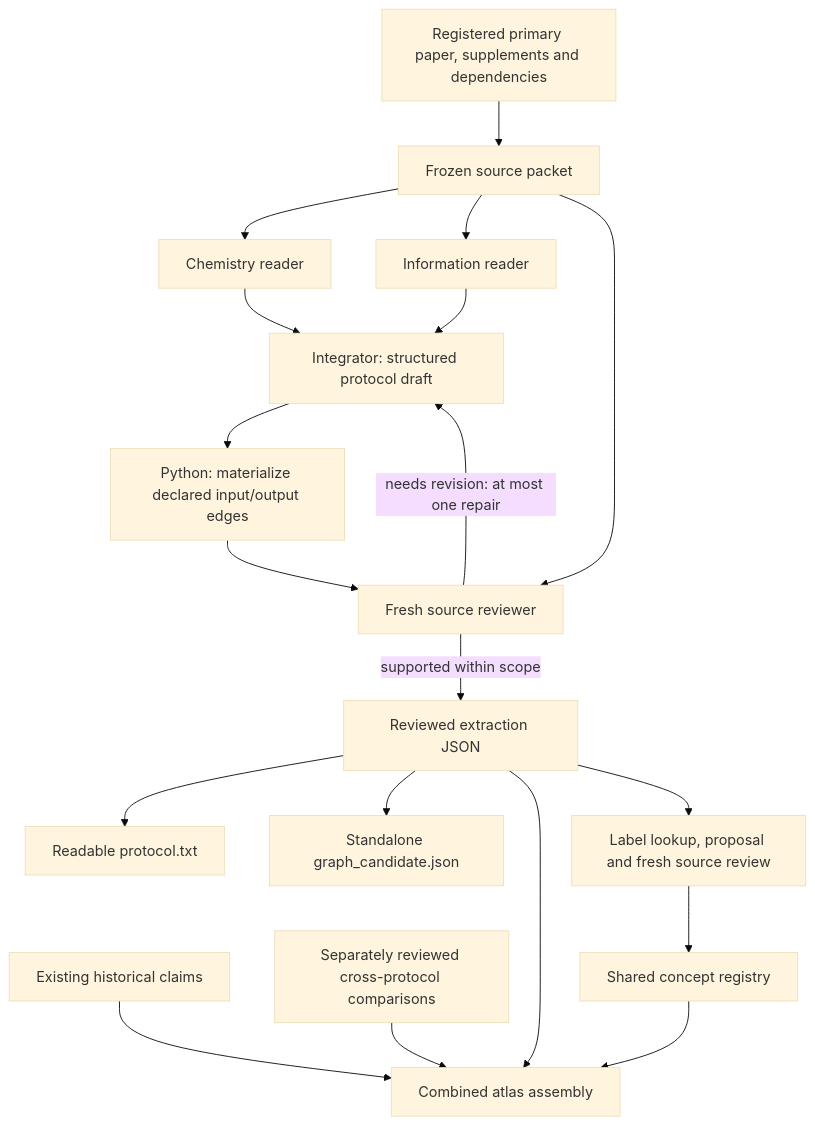
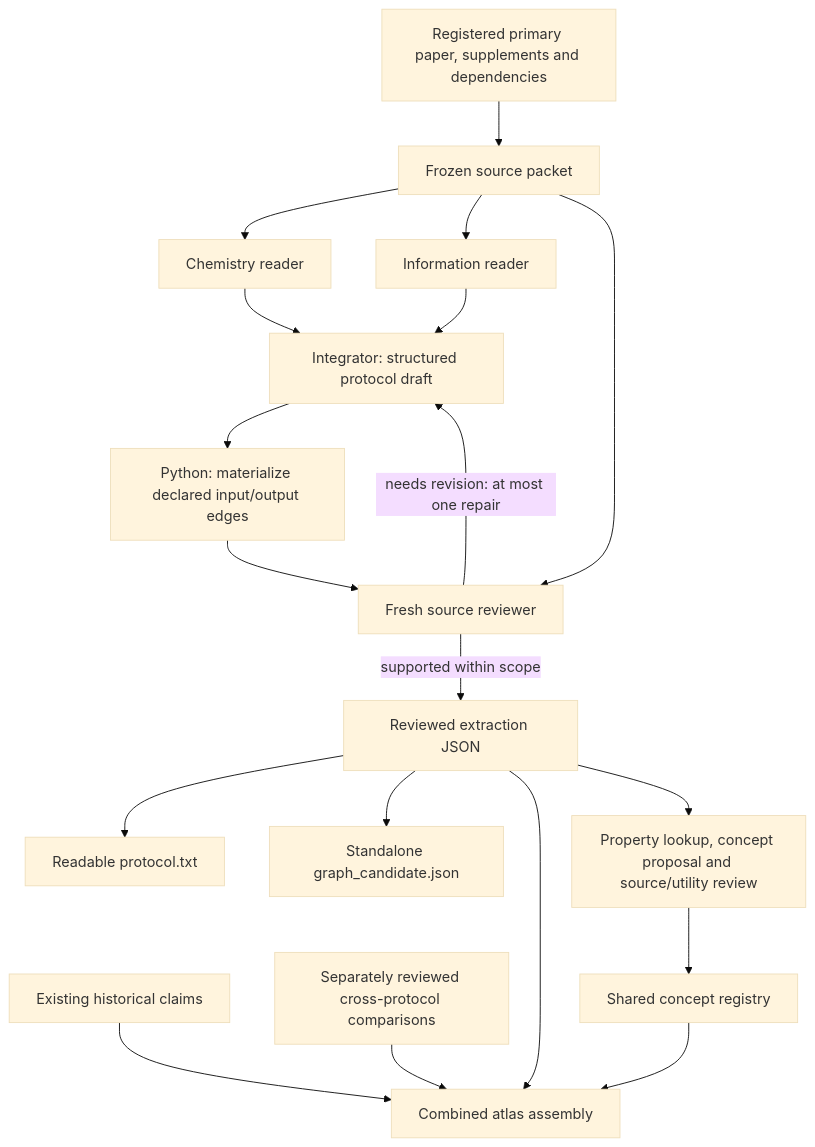
The diagram in README.md (stojkovicMihajlo/-sequencing-technology-atlas), drawn with Mermaid (base theme) before and after one commit. The commit also changed other lines of this file and 26 other files, not shown here.

Commit message:
Require source and usefulness review for shared concepts

````diff
--- a/README.md
+++ b/README.md
@@ -54,21 +58,21 @@
 ```mermaid
 flowchart TD
     S[Registered primary paper, supplements and dependencies] --> P[Frozen source packet]
     P --> C[Chemistry reader]
     P --> I[Information reader]
     C --> W[Integrator: structured protocol draft]
     I --> W
     W --> A[Python: materialize declared input/output edges]
     A --> R[Fresh source reviewer]
     P --> R
     R -->|needs revision: at most one repair| W
     R -->|supported within scope| J[Reviewed extraction JSON]
     J --> T[Readable protocol.txt]
     J --> G[Standalone graph_candidate.json]
     J --> B[Combined atlas assembly]
     H[Existing historical claims] --> B
     M[Separately reviewed cross-protocol comparisons] --> B
-    J --> L[Label lookup, proposal and fresh source review]
+    J --> L[Property lookup, concept proposal and source/utility review]
     L --> K[Shared concept registry]
     K --> B
 ```
````
